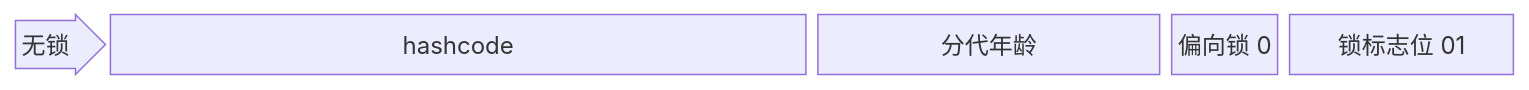
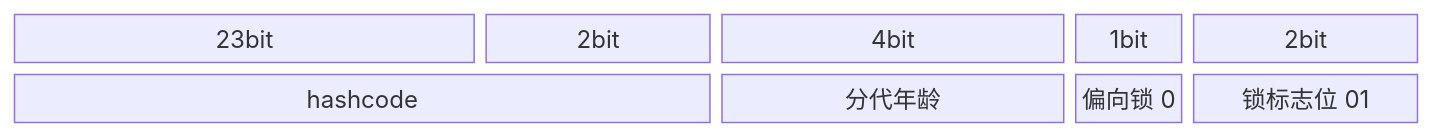
The second of 7 diagrams in docs/java/并发.md (duskbat/cs-manual), drawn with Mermaid before and after one commit. The commit also changed other lines of this file and 1 other file, not shown here.

````diff
--- a/docs/java/并发.md
+++ b/docs/java/并发.md
@@ -48,5 +60,6 @@
 ```mermaid
 block-beta
-  columns 13
-  r1<["无锁"]>(right):1 r1a["hashcode"]:6 r1b["分代年龄"]:3 r1c["偏向锁 0"]:1 r1d["锁标志位 01"]:2
+  columns 12
+  r0a["23bit"]:4 r0b["2bit"]:2 r0c["4bit"]:3 r0d["1bit"]:1 r0e["2bit"]:2
+  r1a["hashcode"]:6 r1b["分代年龄"]:3 r1c["偏向锁 0"]:1 r1d["锁标志位 01"]:2
 ```
````
